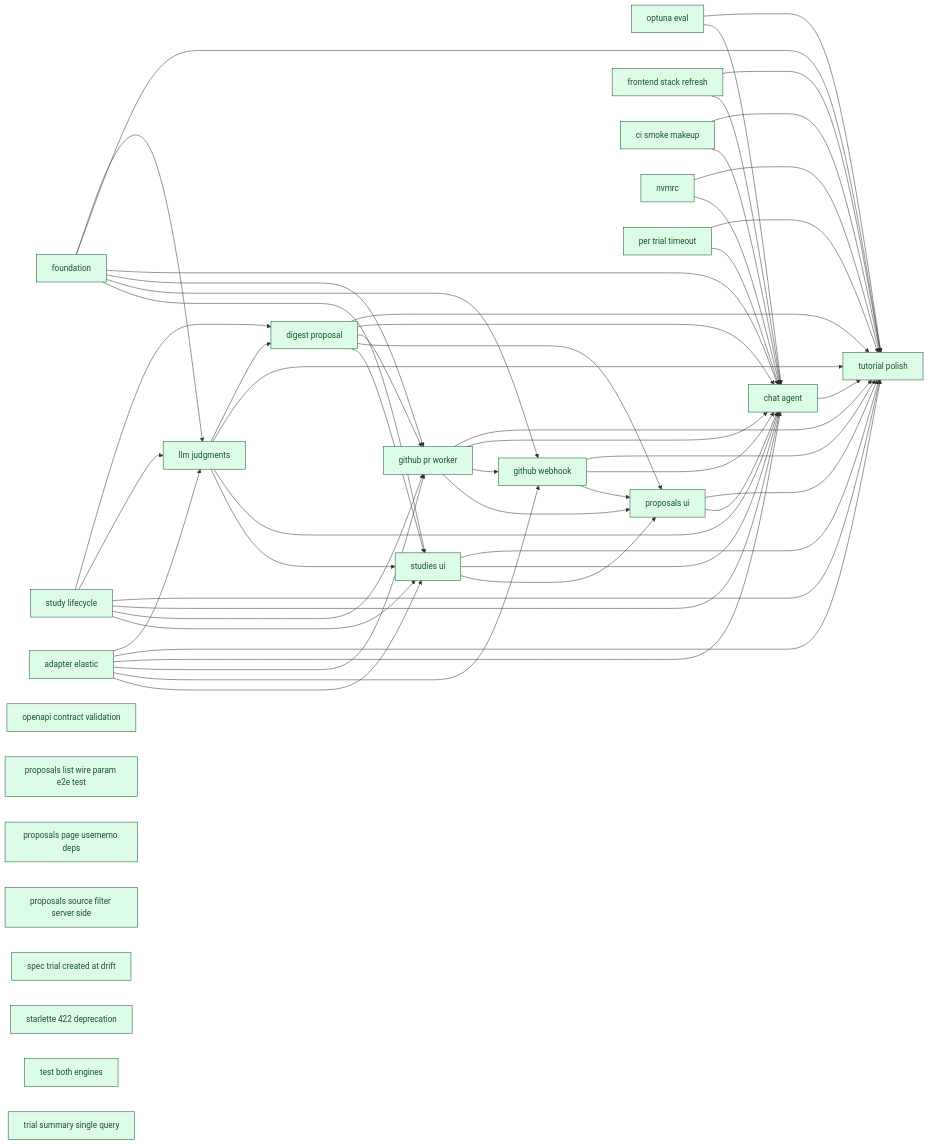
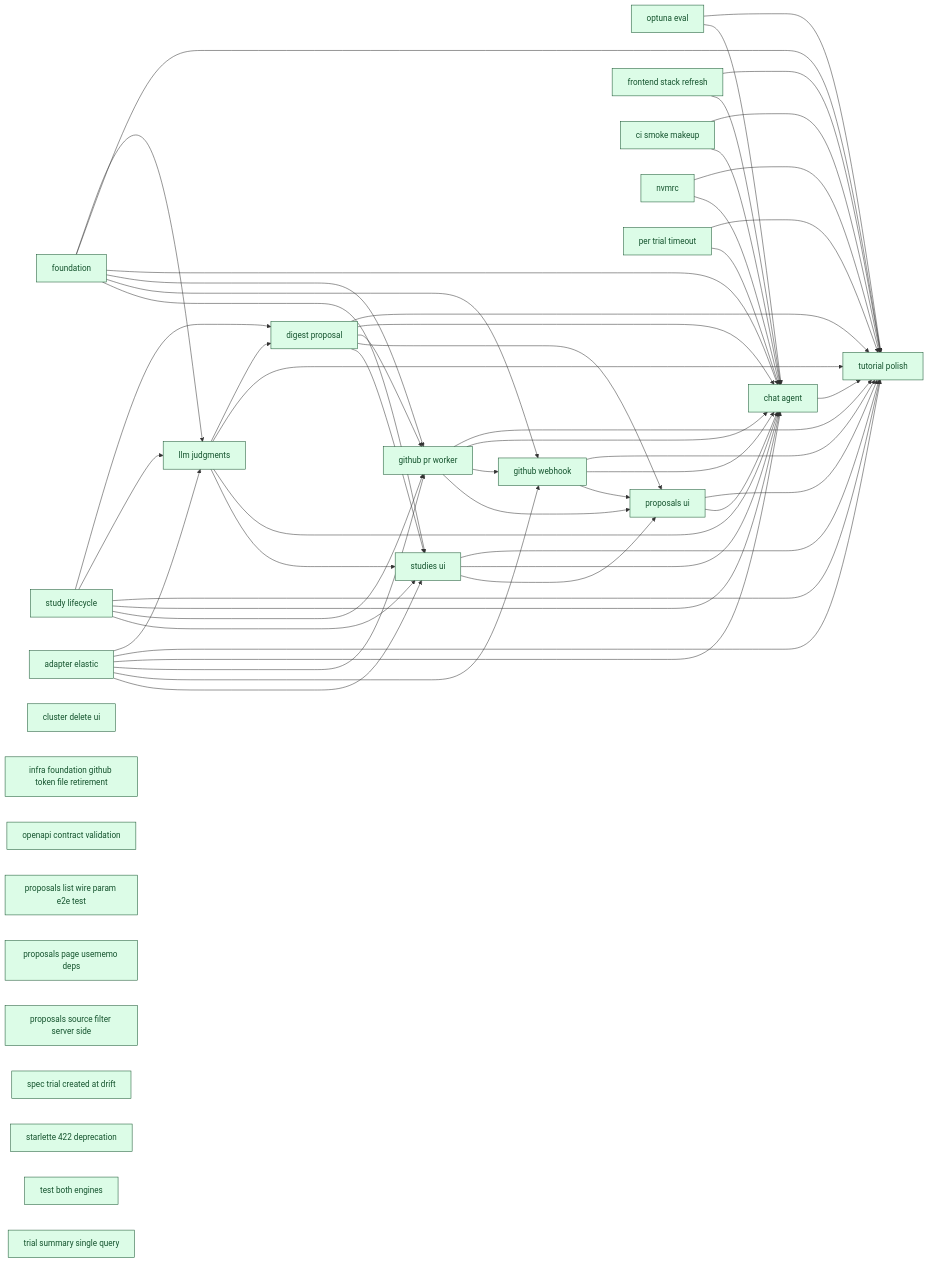
One commit to SoundMindsAI/relyloop changed the diagram in docs/00_overview/MVP1_DASHBOARD.md. Above: the diagram before and after it, drawn with Mermaid. The commit also changed other lines of this file and 20 other files, not shown here.

First line of the commit message:
chore: operator hygiene — cluster delete UI + retire GITHUB_TOKEN_FILE (#87)

```diff
--- a/docs/00_overview/MVP1_DASHBOARD.md
+++ b/docs/00_overview/MVP1_DASHBOARD.md
@@ -121,6 +121,10 @@
   class feat_studies_ui done;
   infra_frontend_stack_refresh["frontend stack refresh"]
   class infra_frontend_stack_refresh done;
+  chore_cluster_delete_ui["cluster delete ui"]
+  class chore_cluster_delete_ui done;
+  chore_infra_foundation_github_token_file_retirement["infra foundation github token file retirement"]
+  class chore_infra_foundation_github_token_file_retirement done;
   chore_openapi_contract_validation["openapi contract validation"]
   class chore_openapi_contract_validation done;
   chore_proposals_list_wire_param_e2e_test["proposals list wire param e2e test"]
```
